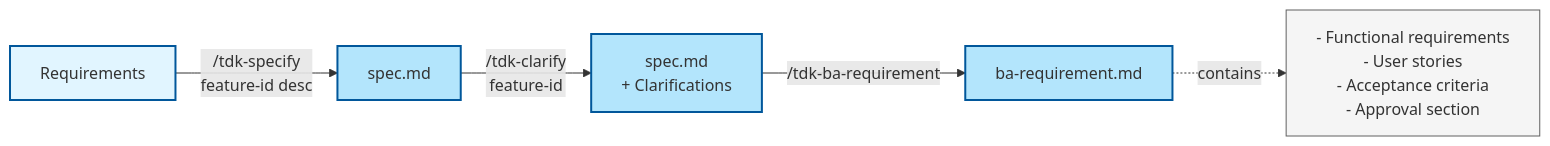
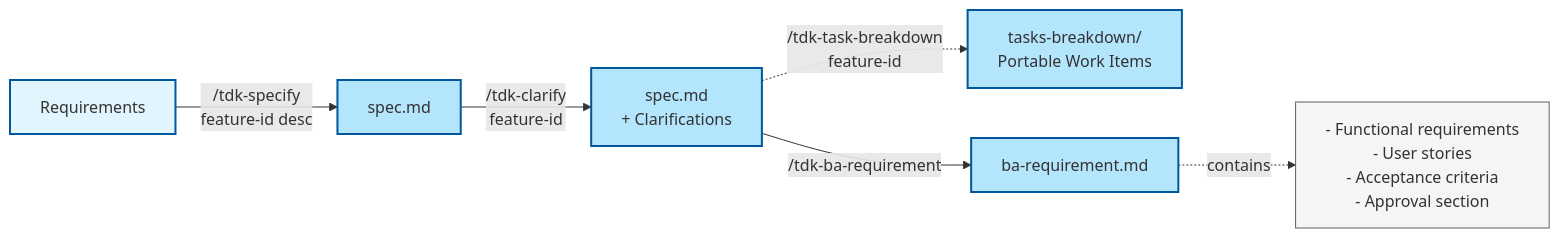
The second of 8 diagrams in .specify/docs/guides/document-flow.md (vinhltt/tdk), drawn with Mermaid before and after one commit. The commit also changed other lines of this file and 15 other files, not shown here.

````diff
--- a/.specify/docs/guides/document-flow.md
+++ b/.specify/docs/guides/document-flow.md
@@ -68,21 +69,23 @@
 ```mermaid
 flowchart LR
     REQ[Requirements]
     SPEC[spec.md]
     SPEC_CLAR[spec.md<br/>+ Clarifications]
+    TASKS[tasks-breakdown/<br/>Portable Work Items]
     BA_REQ[ba-requirement.md]
 
     REQ -->|"/tdk-specify<br/>feature-id desc"| SPEC
     SPEC -->|"/tdk-clarify<br/>feature-id"| SPEC_CLAR
+    SPEC_CLAR -.->|"/tdk-task-breakdown<br/>feature-id"| TASKS
     SPEC_CLAR -->|"/tdk-ba-requirement"| BA_REQ
 
     BA_REQ -.->|contains| CONTENT["- Functional requirements<br/>- User stories<br/>- Acceptance criteria<br/>- Approval section"]
 
     classDef input fill:#e1f5ff,stroke:#01579b,stroke-width:2px
     classDef output fill:#b3e5fc,stroke:#01579b,stroke-width:2px
     classDef note fill:#f5f5f5,stroke:#616161,stroke-width:1px
 
     class REQ input
-    class SPEC,SPEC_CLAR,BA_REQ output
+    class SPEC,SPEC_CLAR,TASKS,BA_REQ output
     class CONTENT note
 ```
````
